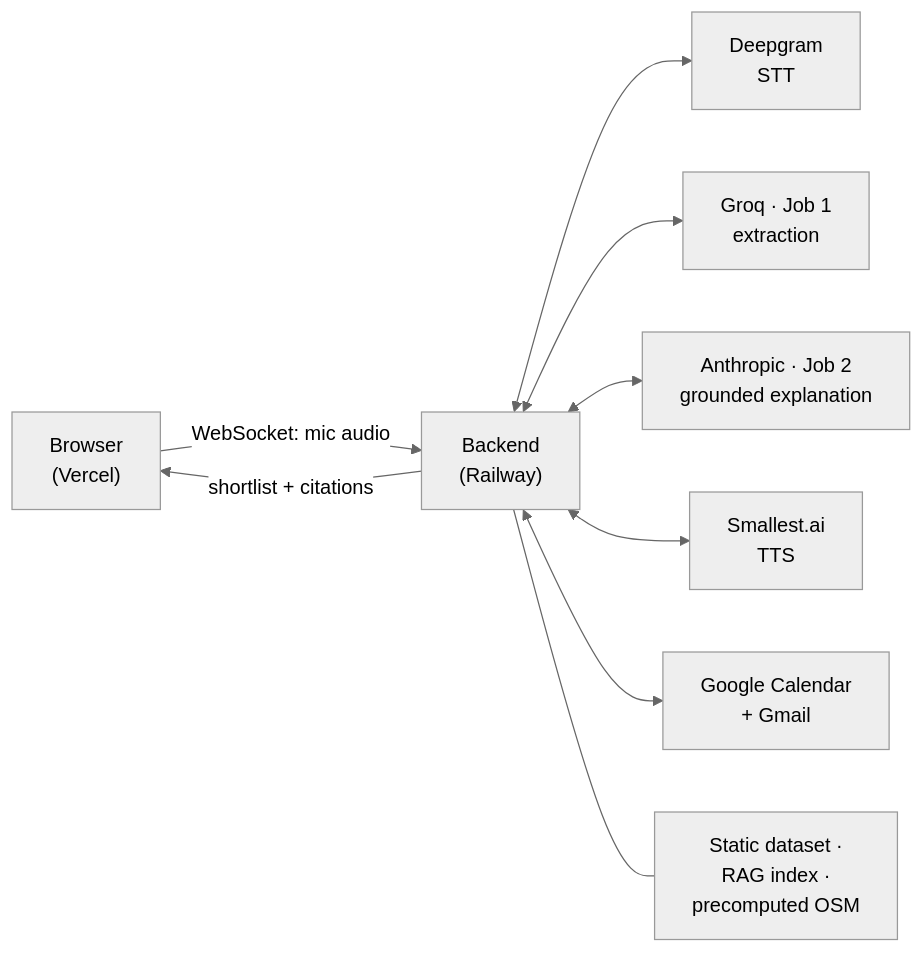
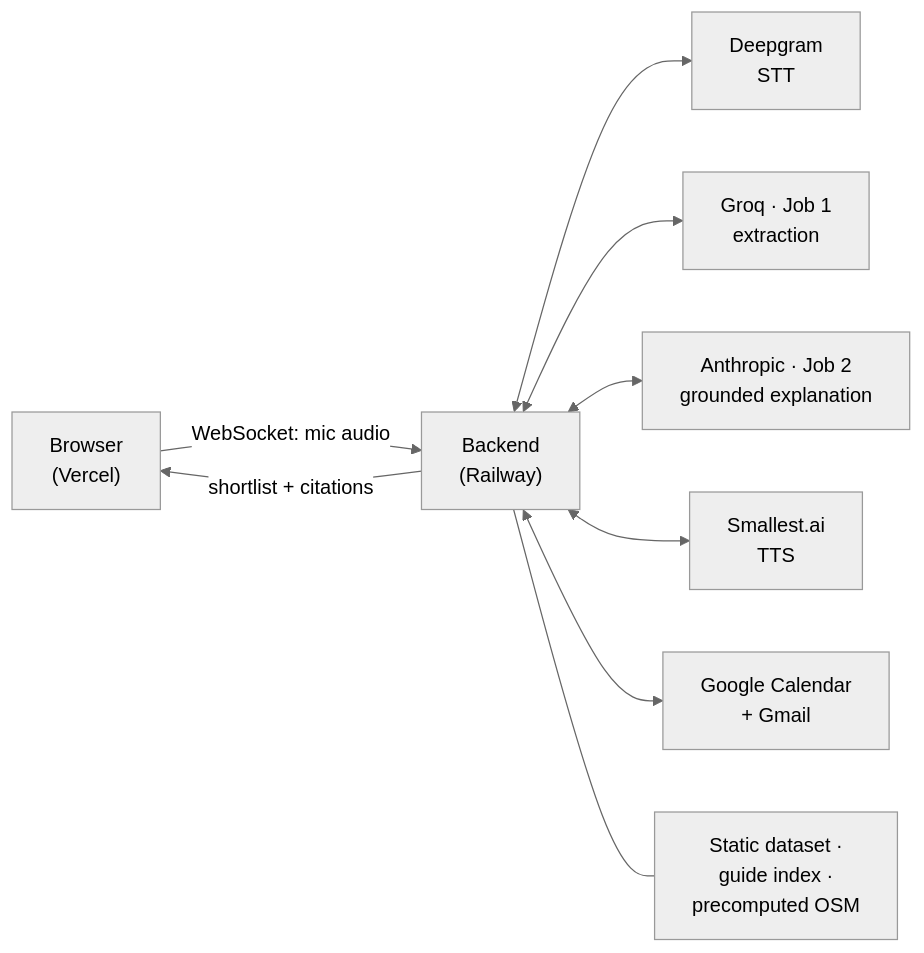
The diagram in README.md (KarthikBattaram19/Capstone_Project_Next_Leap), drawn with Mermaid (neutral theme) before and after one commit. The commit also changed other lines of this file and 10 other files, not shown here.

First line of the commit message:
docs: let RAG name the technique only; its artefacts become guide index / guide chunk

````diff
--- a/README.md
+++ b/README.md
@@ -44,11 +44,11 @@
 ```mermaid
 flowchart LR
     B["Browser<br/>(Vercel)"] -- "WebSocket: mic audio" --> S["Backend<br/>(Railway)"]
     S -- "shortlist + citations" --> B
     S <--> D["Deepgram<br/>STT"]
     S <--> G["Groq · Job 1<br/>extraction"]
     S <--> A["Anthropic · Job 2<br/>grounded explanation"]
     S <--> T["Smallest.ai<br/>TTS"]
     S <--> C["Google Calendar<br/>+ Gmail"]
-    S --- L["Static dataset ·<br/>RAG index ·<br/>precomputed OSM"]
+    S --- L["Static dataset ·<br/>guide index ·<br/>precomputed OSM"]
 ```
````
